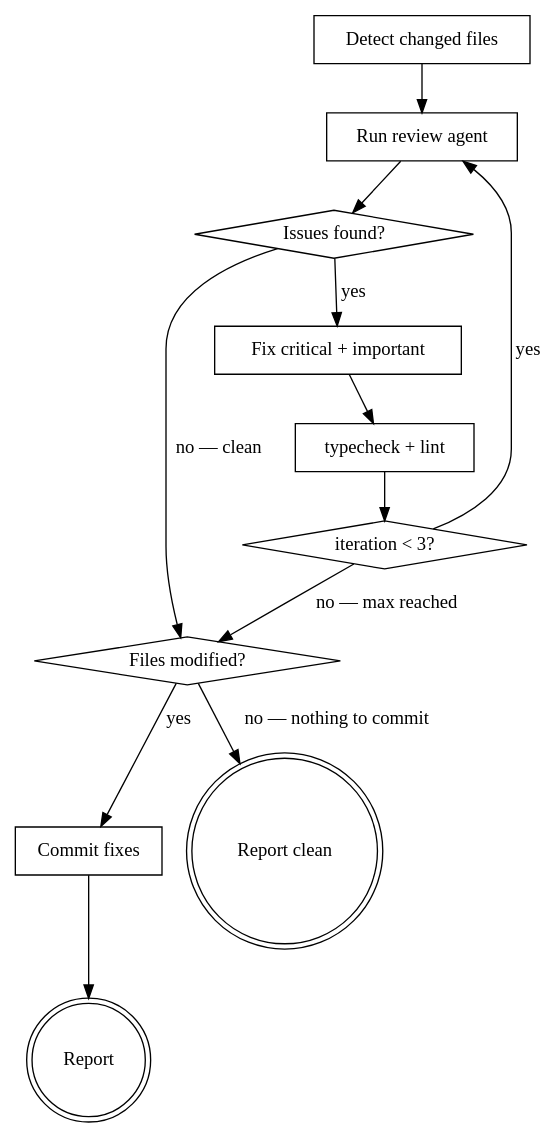
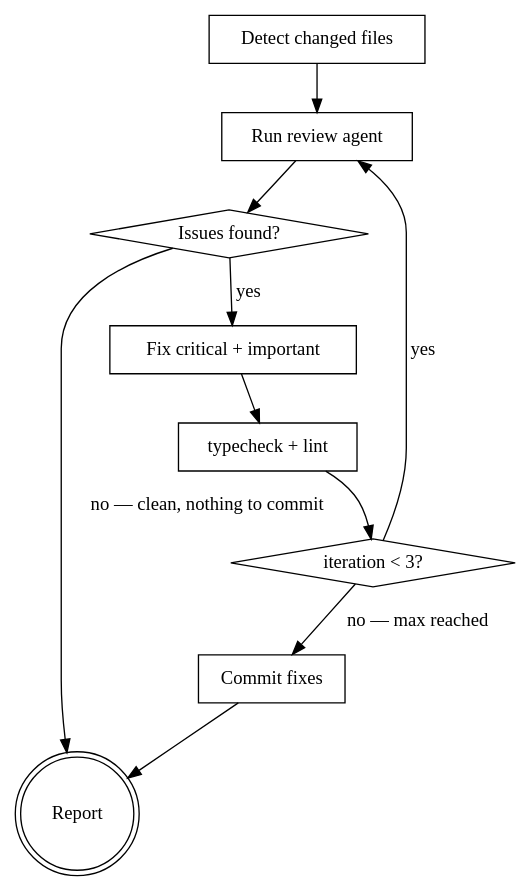
Before and after one commit to UiPath/uipath-typescript: the diagram in .claude/skills/sdk-review/SKILL.md, drawn with Graphviz. The commit also changed other lines of this file, not shown here.

First line of the commit message:
fix(sdk-review): simplify flow — commit only when fixes were made

````diff
--- a/.claude/skills/sdk-review/SKILL.md
+++ b/.claude/skills/sdk-review/SKILL.md
@@ -26,26 +26,22 @@
 ```dot
 digraph review_loop {
     "Detect changed files" [shape=box];
     "Run review agent" [shape=box];
     "Issues found?" [shape=diamond];
     "Fix critical + important" [shape=box];
     "typecheck + lint" [shape=box];
     "iteration < 3?" [shape=diamond];
-    "Files modified?" [shape=diamond];
     "Commit fixes" [shape=box];
-    "Report clean" [shape=doublecircle];
     "Report" [shape=doublecircle];
 
     "Detect changed files" -> "Run review agent";
     "Run review agent" -> "Issues found?";
-    "Issues found?" -> "Files modified?" [label="no — clean"];
+    "Issues found?" -> "Report" [label="no — clean, nothing to commit"];
     "Issues found?" -> "Fix critical + important" [label="yes"];
     "Fix critical + important" -> "typecheck + lint";
     "typecheck + lint" -> "iteration < 3?";
     "iteration < 3?" -> "Run review agent" [label="yes"];
-    "iteration < 3?" -> "Files modified?" [label="no — max reached"];
-    "Files modified?" -> "Commit fixes" [label="yes"];
-    "Files modified?" -> "Report clean" [label="no — nothing to commit"];
+    "iteration < 3?" -> "Commit fixes" [label="no — max reached"];
     "Commit fixes" -> "Report";
 }
 ```
````
